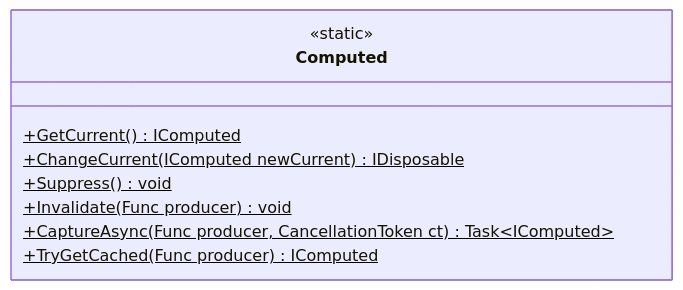
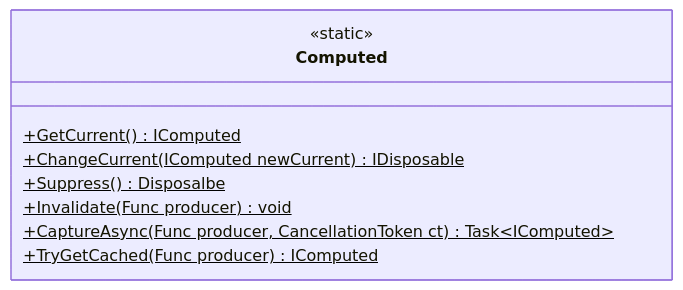
Before and after one commit to servicetitan/Stl.Fusion: the diagram in docs/img-src/Computed-Static.mmd, drawn with Mermaid. The commit also changed 6 other files, not shown here.

Commit message:
doc: Update diagrams

```diff
--- a/docs/img-src/Computed-Static.mmd
+++ b/docs/img-src/Computed-Static.mmd
@@ -1,10 +1,10 @@
 classDiagram
   class Computed {
     <<static>>
     +GetCurrent()$ IComputed
     +ChangeCurrent(IComputed newCurrent)$ IDisposable
-    +Suppress() void$
-    +Invalidate(Func producer) void$
+    +Suppress()$ Disposalbe
+    +Invalidate(Func producer)$ void
     +CaptureAsync(Func producer, CancellationToken ct)$ Task~IComputed~
     +TryGetCached(Func producer)$ IComputed
   }
```
